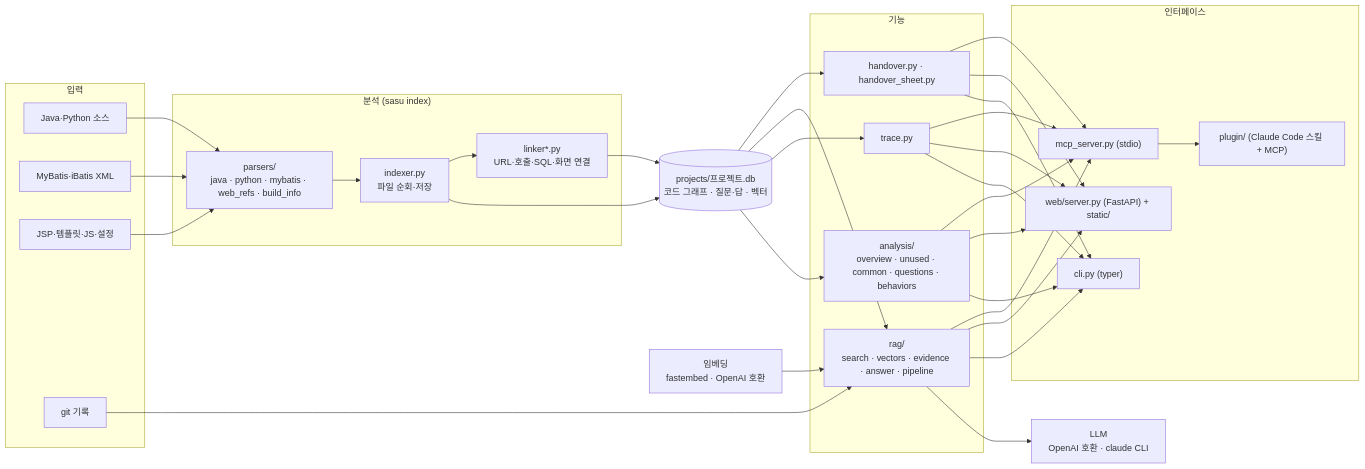
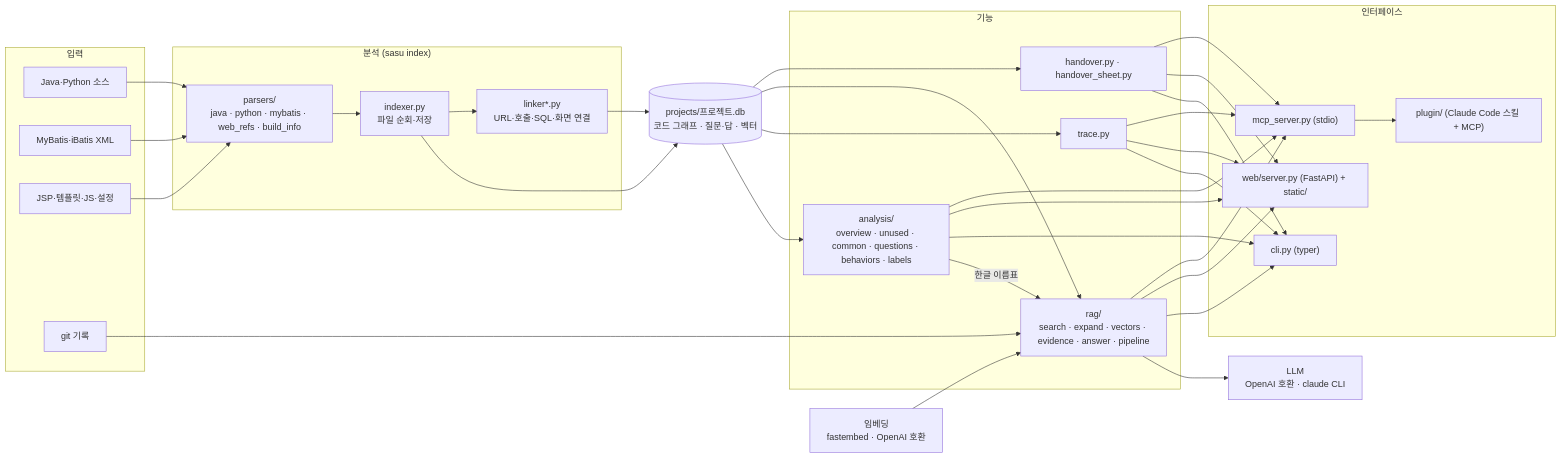
The first of 3 diagrams in docs/sdd.md (seungwook-kim/sasu-handover-agent), drawn with Mermaid before and after one commit. The commit also changed other lines of this file and 17 other files, not shown here.

````diff
--- a/docs/sdd.md
+++ b/docs/sdd.md
@@ -17,38 +17,39 @@
 ```mermaid
 flowchart LR
     subgraph 입력
         SRC["Java·Python 소스"]
         XML["MyBatis·iBatis XML"]
         WEB["JSP·템플릿·JS·설정"]
         GIT["git 기록"]
     end
     subgraph 분석["분석 (sasu index)"]
         P["parsers/<br/>java · python · mybatis · web_refs · build_info"]
         IDX["indexer.py<br/>파일 순회·저장"]
         L["linker*.py<br/>URL·호출·SQL·화면 연결"]
     end
     DB[("projects/프로젝트.db<br/>코드 그래프 · 질문·답 · 벡터")]
     subgraph 기능
-        A["analysis/<br/>overview · unused · common · questions · behaviors"]
+        A["analysis/<br/>overview · unused · common · questions · behaviors · labels"]
         T["trace.py"]
-        R["rag/<br/>search · vectors · evidence · answer · pipeline"]
+        R["rag/<br/>search · expand · vectors · evidence · answer · pipeline"]
         H["handover.py · handover_sheet.py"]
     end
     subgraph 인터페이스
         CLI["cli.py (typer)"]
         API["web/server.py (FastAPI) + static/"]
         MCP["mcp_server.py (stdio)"]
         PLG["plugin/ (Claude Code 스킬 + MCP)"]
     end
     LLM["LLM<br/>OpenAI 호환 · claude CLI"]
     EMB["임베딩<br/>fastembed · OpenAI 호환"]
 
     SRC & XML & WEB --> P --> IDX --> DB
     IDX --> L --> DB
     DB --> A & T & R & H
     GIT --> R
     EMB --> R
     R --> LLM
+    A -->|한글 이름표| R
     A & T & R & H --> CLI & API & MCP
     MCP --> PLG
 ```
````
